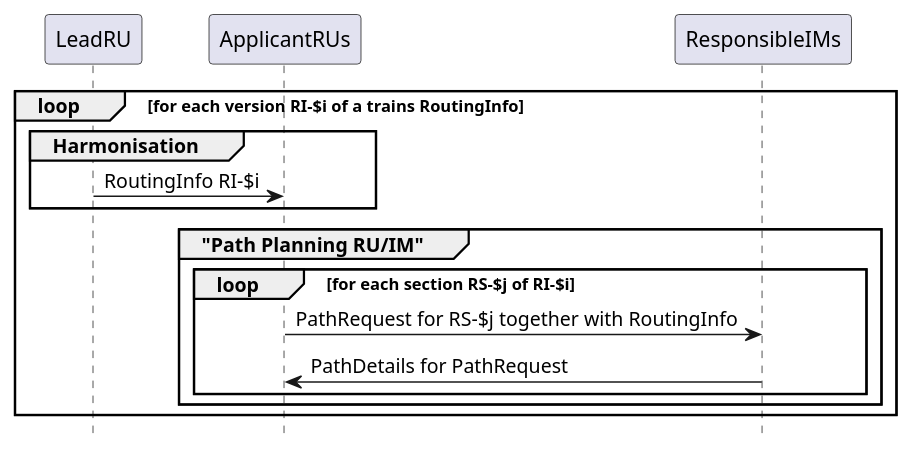
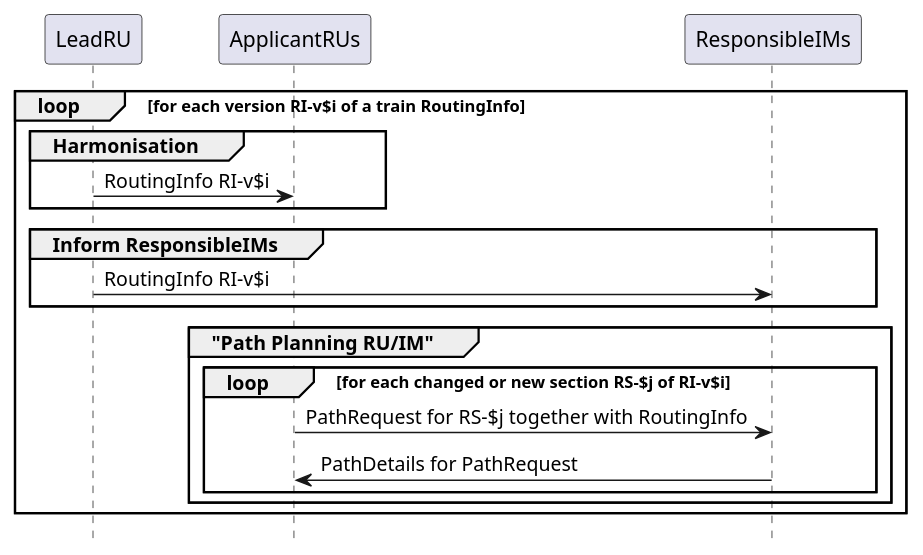
The diagram in docs/uml/rp-05-basic-msg-exchange-pattern.puml (monora/tom), drawn with PlantUML before and after one commit. The commit also changed 26 other files, not shown here.

```diff
--- a/docs/uml/rp-05-basic-msg-exchange-pattern.puml
+++ b/docs/uml/rp-05-basic-msg-exchange-pattern.puml
@@ -1,15 +1,18 @@
 skinparam BoxPadding 25
 hide footbox
 
-loop for each version RI-$i of a trains RoutingInfo
+loop for each version RI-v$i of a train RoutingInfo
 group Harmonisation
-    LeadRU -> ApplicantRUs: RoutingInfo RI-$i
+    LeadRU -> ApplicantRUs: RoutingInfo RI-v$i
+end
+group Inform ResponsibleIMs
+    LeadRU -> ResponsibleIMs: RoutingInfo RI-v$i
 end
 
 group "Path Planning RU/IM"
-    loop for each section RS-$j of RI-$i
+    loop for each changed or new section RS-$j of RI-v$i
         ApplicantRUs -> ResponsibleIMs: PathRequest for RS-$j together with RoutingInfo
         ResponsibleIMs -> ApplicantRUs: PathDetails for PathRequest
     end
 end
 end
```
